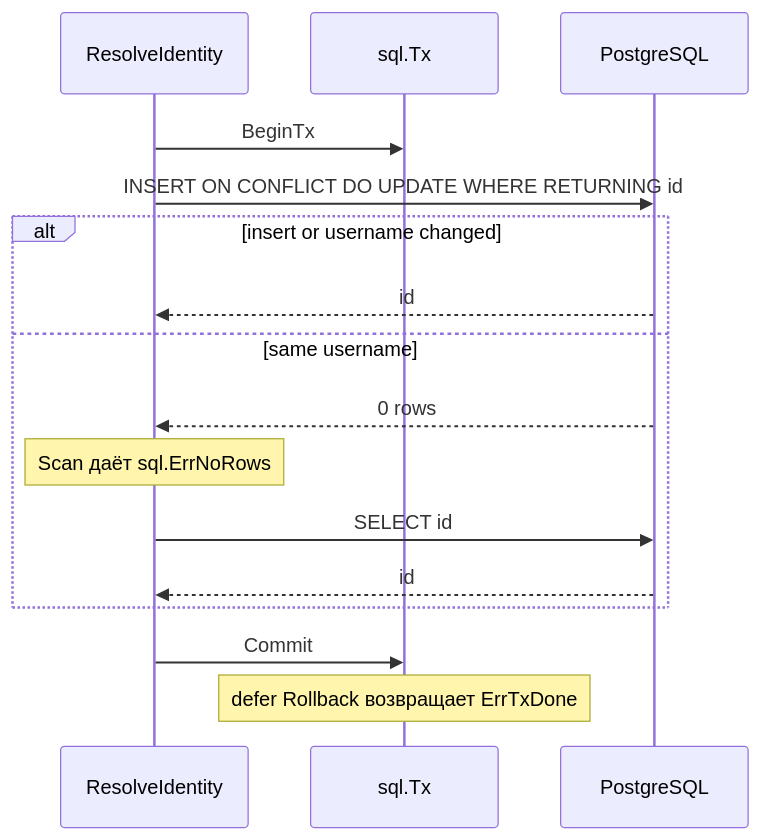
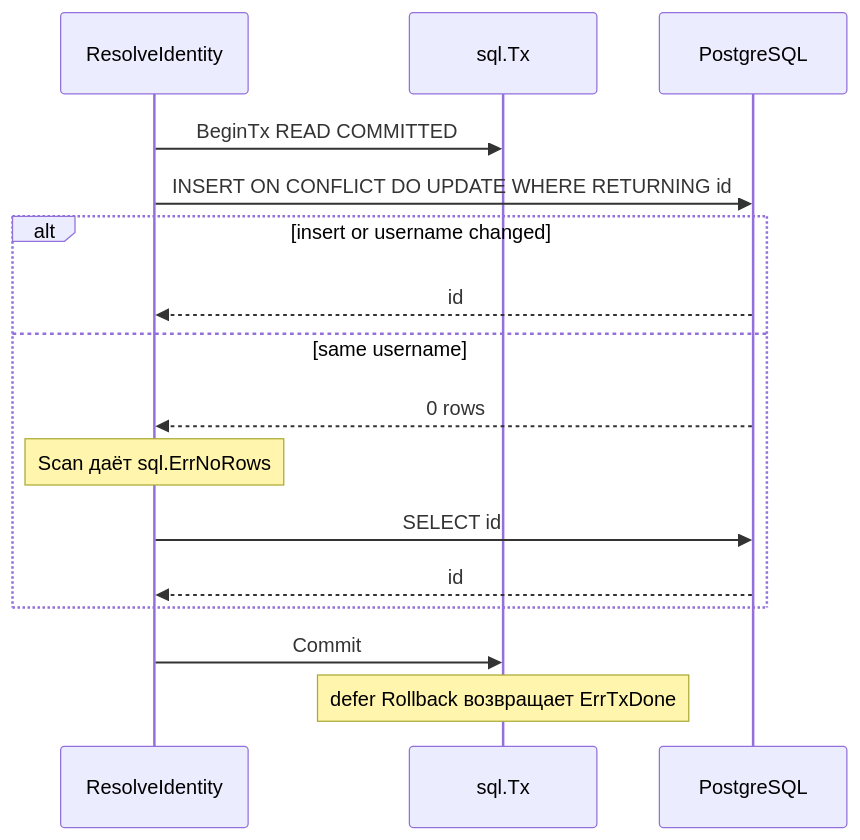
Before and after one commit to Solguficky/solguficky-hub: the second of 2 diagrams in docs/learning/go/service-layout.md, drawn with Mermaid. The commit also changed other lines of this file and 13 other files, not shown here.

````diff
--- a/docs/learning/go/service-layout.md
+++ b/docs/learning/go/service-layout.md
@@ -207,19 +213,19 @@
 ```mermaid
 sequenceDiagram
     participant H as ResolveIdentity
     participant Tx as sql.Tx
     participant PG as PostgreSQL
 
-    H->>Tx: BeginTx
+    H->>Tx: BeginTx READ COMMITTED
     H->>PG: INSERT ON CONFLICT DO UPDATE WHERE RETURNING id
     alt insert or username changed
         PG-->>H: id
     else same username
         PG-->>H: 0 rows
         Note over H: Scan даёт sql.ErrNoRows
         H->>PG: SELECT id
         PG-->>H: id
     end
     H->>Tx: Commit
     Note over Tx: defer Rollback возвращает ErrTxDone
 ```
````
